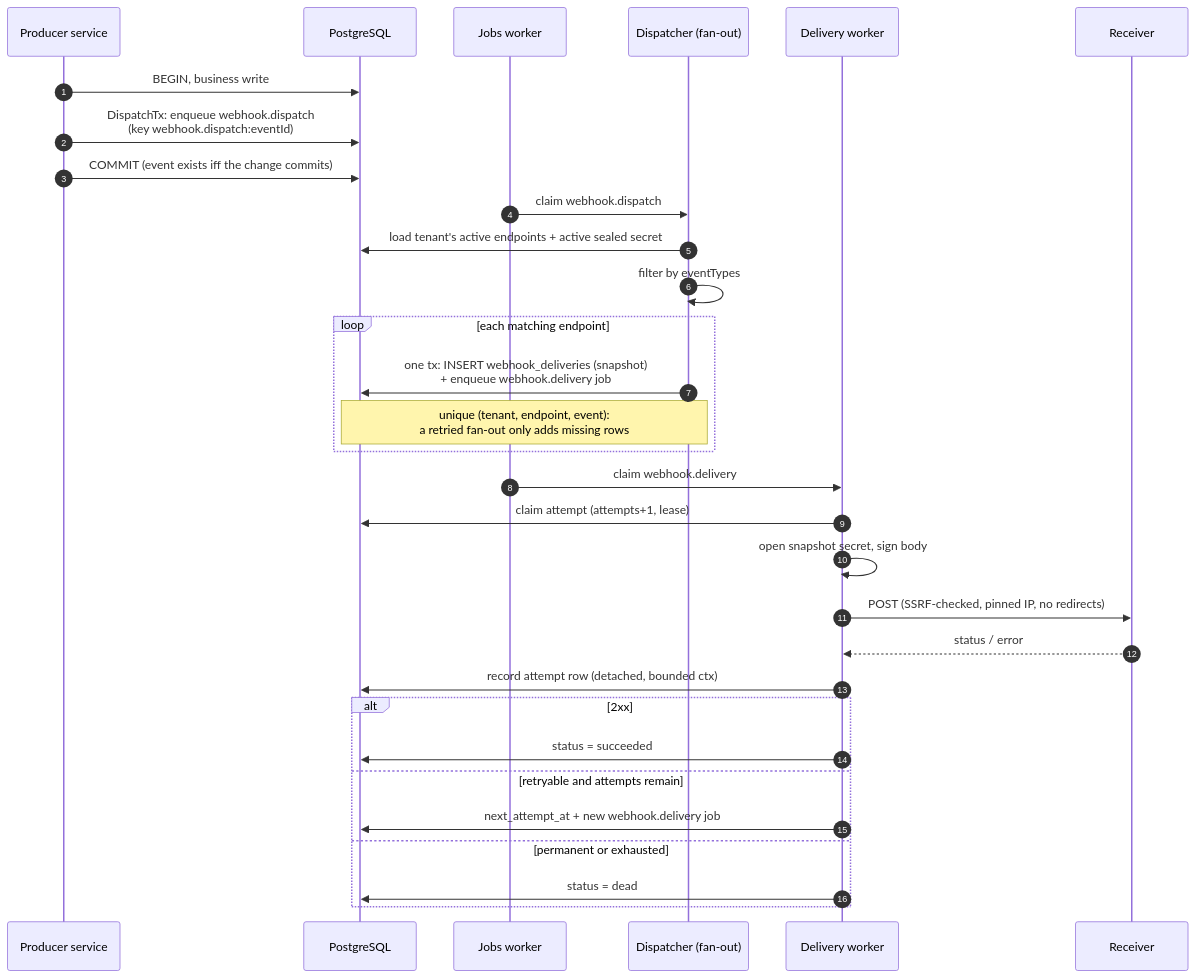
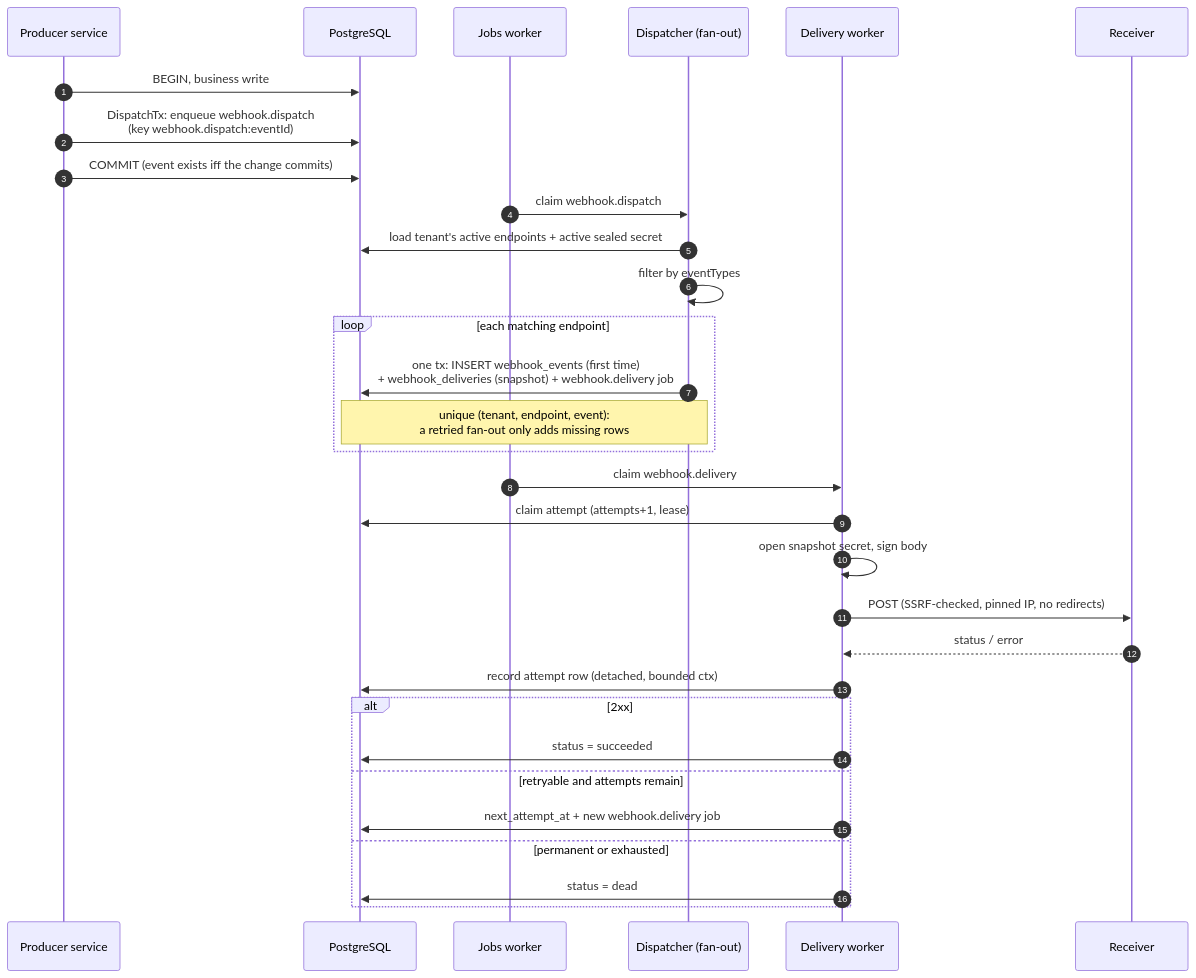
Before and after one commit to chuanghiduoc/fiber-golang-boilerplate: the second of 5 diagrams in docs/webhooks.md, drawn with Mermaid. The commit also changed other lines of this file and 71 other files, not shown here.

````diff
--- a/docs/webhooks.md
+++ b/docs/webhooks.md
@@ -94,34 +94,34 @@
 ```mermaid
 sequenceDiagram
     autonumber
     participant P as Producer service
     participant DB as PostgreSQL
     participant JW as Jobs worker
     participant D as Dispatcher (fan-out)
     participant W as Delivery worker
     participant R as Receiver
 
     P->>DB: BEGIN, business write
     P->>DB: DispatchTx: enqueue webhook.dispatch<br/>(key webhook.dispatch:eventId)
     P->>DB: COMMIT (event exists iff the change commits)
     JW->>D: claim webhook.dispatch
     D->>DB: load tenant's active endpoints + active sealed secret
     D->>D: filter by eventTypes
     loop each matching endpoint
-        D->>DB: one tx: INSERT webhook_deliveries (snapshot)<br/>+ enqueue webhook.delivery job
+        D->>DB: one tx: INSERT webhook_events (first time)<br/>+ webhook_deliveries (snapshot) + webhook.delivery job
         Note over D,DB: unique (tenant, endpoint, event):<br/>a retried fan-out only adds missing rows
     end
     JW->>W: claim webhook.delivery
     W->>DB: claim attempt (attempts+1, lease)
     W->>W: open snapshot secret, sign body
     W->>R: POST (SSRF-checked, pinned IP, no redirects)
     R-->>W: status / error
     W->>DB: record attempt row (detached, bounded ctx)
     alt 2xx
         W->>DB: status = succeeded
     else retryable and attempts remain
         W->>DB: next_attempt_at + new webhook.delivery job
     else permanent or exhausted
         W->>DB: status = dead
     end
 ```
````
